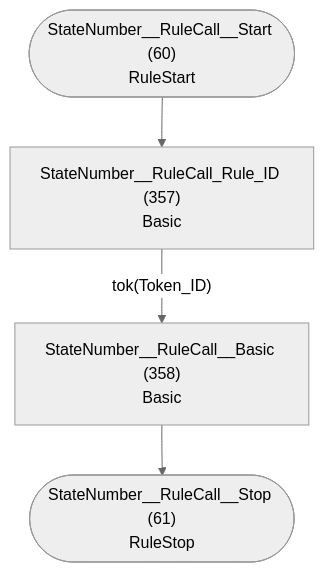
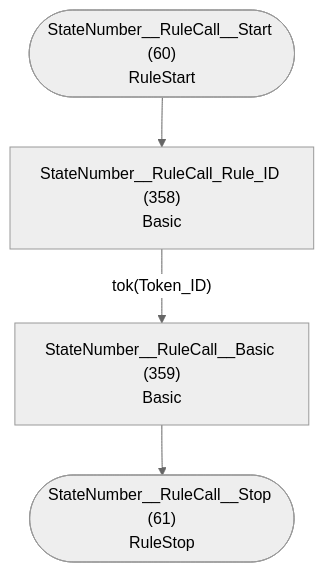
Before and after one commit to TypeFox/fastbelt: diagram 31 of 36 in internal/grammar/atn.md, drawn with Mermaid (neutral theme). The commit also changed other lines of this file and 9 other files, not shown here.

````diff
--- a/internal/grammar/atn.md
+++ b/internal/grammar/atn.md
@@ -938,11 +940,11 @@
 ```mermaid
 flowchart TD
     q60(["StateNumber__RuleCall__Start (60)<br/>RuleStart"])
     q61(["StateNumber__RuleCall__Stop (61)<br/>RuleStop"])
-    q357["StateNumber__RuleCall_Rule_ID (357)<br/>Basic<br/>"]
-    q358["StateNumber__RuleCall__Basic (358)<br/>Basic<br/>"]
+    q358["StateNumber__RuleCall_Rule_ID (358)<br/>Basic<br/>"]
+    q359["StateNumber__RuleCall__Basic (359)<br/>Basic<br/>"]
 
-    q60 --> q357
-    q357 -->|"tok(Token_ID)"| q358
-    q358 --> q61
+    q60 --> q358
+    q358 -->|"tok(Token_ID)"| q359
+    q359 --> q61
 ```
````
